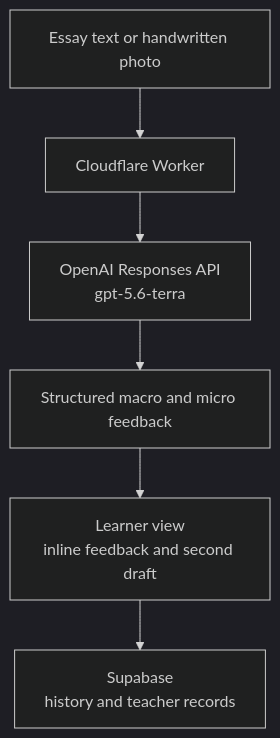
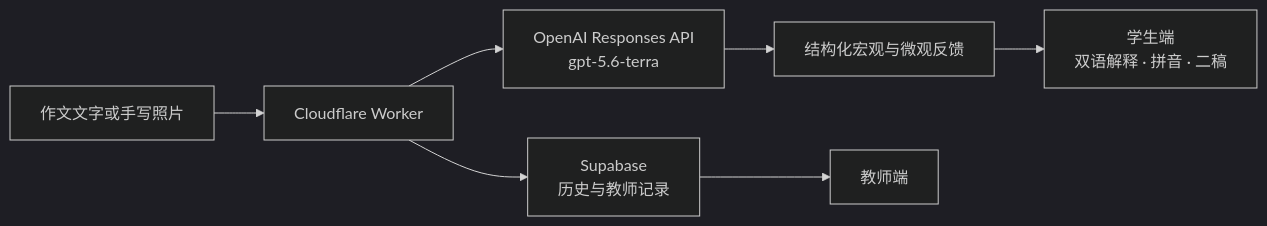
One commit to gracetang0925/hongbi changed the fourth of 4 diagrams in README.md. Above: the diagram before and after it, drawn with Mermaid (dark theme). The commit also changed other lines of this file, not shown here.

First line of the commit message:
Document teacher eligibility and HongBi business model

````diff
--- a/README.md
+++ b/README.md
@@ -312,8 +204,9 @@
 ```mermaid
-flowchart TD
-    A["Essay text or handwritten photo"] --> B["Cloudflare Worker"]
+flowchart LR
+    A["作文文字或手写照片"] --> B["Cloudflare Worker"]
     B --> C["OpenAI Responses API<br/>gpt-5.6-terra"]
-    C --> D["Structured macro and micro feedback"]
-    D --> E["Learner view<br/>inline feedback and second draft"]
-    E --> F["Supabase<br/>history and teacher records"]
+    C --> D["结构化宏观与微观反馈"]
+    D --> E["学生端<br/>双语解释 · 拼音 · 二稿"]
+    B --> F["Supabase<br/>历史与教师记录"]
+    F --> G["教师端"]
 ```
````
